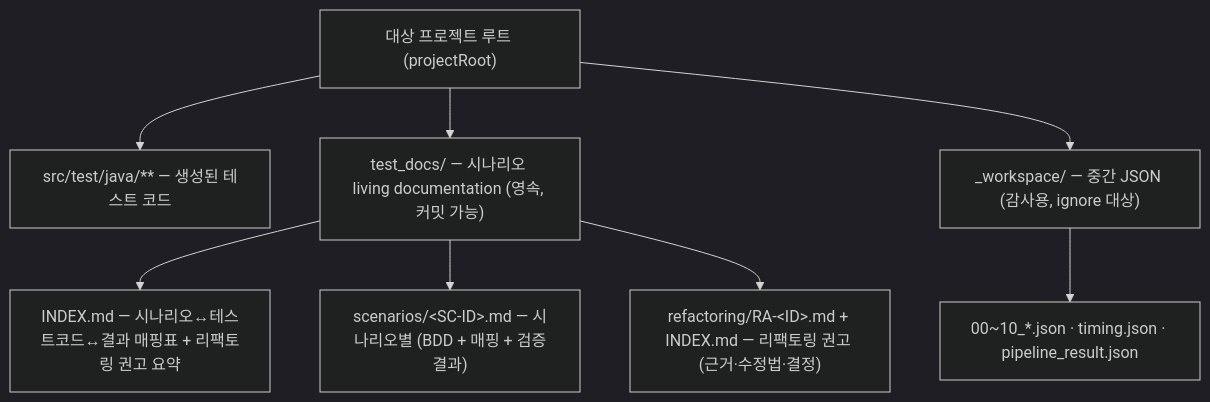
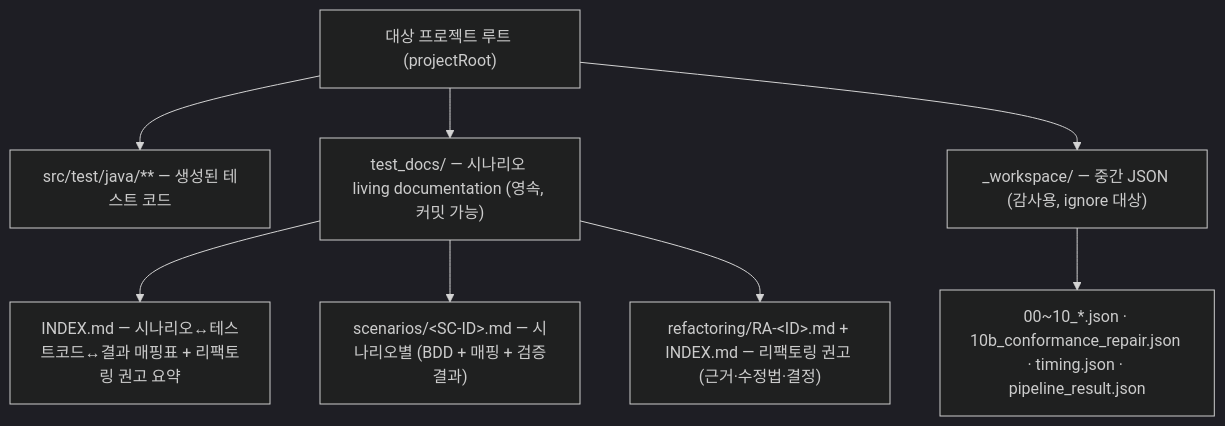
The seventh of 7 diagrams in test-autoevermation-harness-plugin/docs/pipeline-flow.md (1223v/test-autoevermation-harness), drawn with Mermaid (dark theme) before and after one commit. The commit also changed other lines of this file and 24 other files, not shown here.

````diff
--- a/test-autoevermation-harness-plugin/docs/pipeline-flow.md
+++ b/test-autoevermation-harness-plugin/docs/pipeline-flow.md
@@ -226,11 +236,11 @@
 ```mermaid
 flowchart TD
     Root["대상 프로젝트 루트 (projectRoot)"]
     Root --> Src["src/test/java/** — 생성된 테스트 코드"]
     Root --> Docs["test_docs/ — 시나리오 living documentation (영속, 커밋 가능)"]
     Docs --> Index["INDEX.md — 시나리오↔테스트코드↔결과 매핑표 + 리팩토링 권고 요약"]
     Docs --> Scn["scenarios/&lt;SC-ID&gt;.md — 시나리오별 (BDD + 매핑 + 검증결과)"]
     Docs --> Ra["refactoring/RA-&lt;ID&gt;.md + INDEX.md — 리팩토링 권고 (근거·수정법·결정)"]
     Root --> Ws["_workspace/ — 중간 JSON (감사용, ignore 대상)"]
-    Ws --> Wsj["00~10_*.json · timing.json · pipeline_result.json"]
+    Ws --> Wsj["00~10_*.json · 10b_conformance_repair.json · timing.json · pipeline_result.json"]
 ```
````
